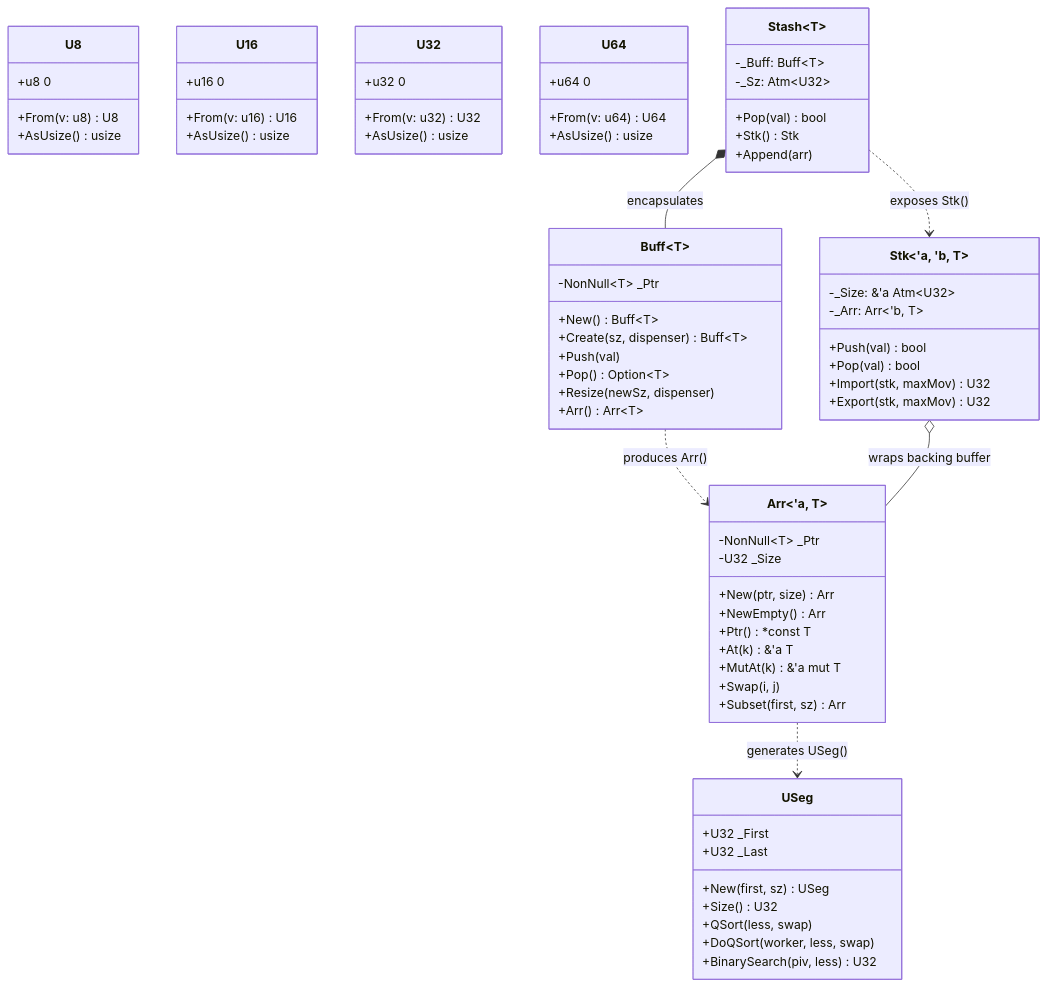
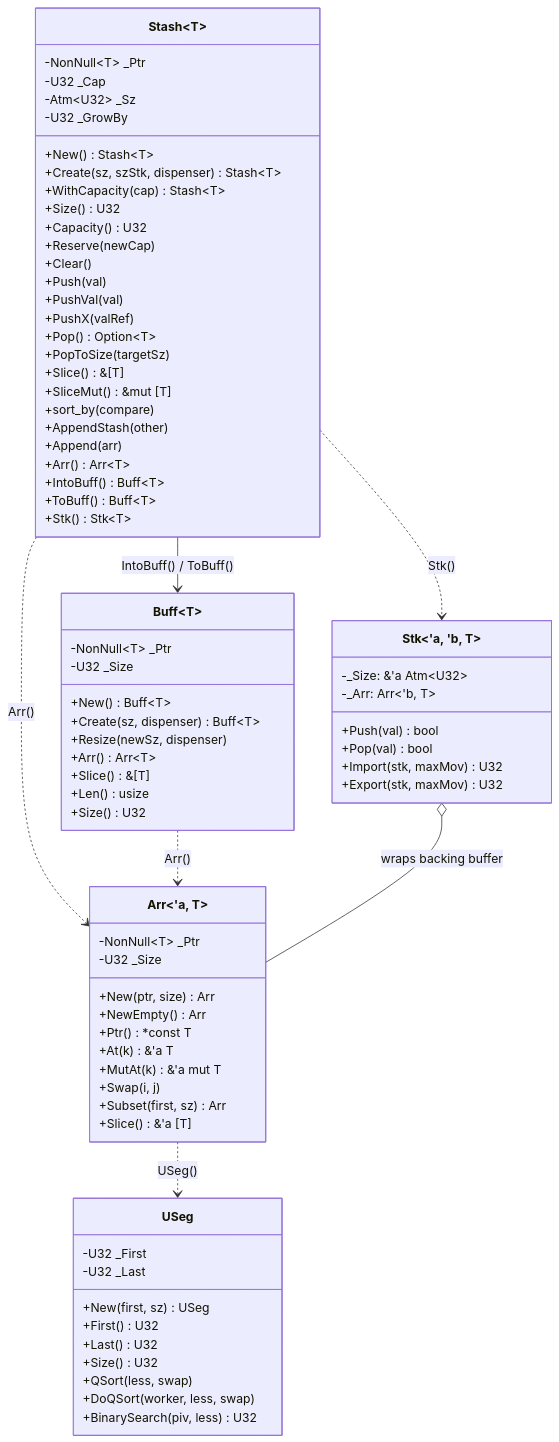
The first of 3 diagrams in wiki/Silo.md (jswarup/Kosh), drawn with Mermaid before and after one commit. The commit also changed other lines of this file and 39 other files, not shown here.

````diff
--- a/wiki/Silo.md
+++ b/wiki/Silo.md
@@ -19,43 +14,45 @@
 ```mermaid
 classDiagram
-    class U8 {
-        +u8 0
-        +From(v: u8) U8
-        +AsUsize() usize
+    class Stash~T~ {
+        -NonNull~T~ _Ptr
+        -U32 _Cap
+        -Atm~U32~ _Sz
+        -U32 _GrowBy
+        +New() Stash~T~
+        +Create(sz, szStk, dispenser) Stash~T~
+        +WithCapacity(cap) Stash~T~
+        +Size() U32
+        +Capacity() U32
+        +Reserve(newCap)
+        +Clear()
+        +Push(val)
+        +PushVal(val)
+        +PushX(valRef)
+        +Pop() Option~T~
+        +PopToSize(targetSz)
+        +Slice() &[T]
+        +SliceMut() &mut [T]
+        +sort_by(compare)
+        +AppendStash(other)
+        +Append(arr)
+        +Arr() Arr~T~
+        +IntoBuff() Buff~T~
+        +ToBuff() Buff~T~
+        +Stk() Stk~T~
     }
-    class U16 {
-        +u16 0
-        +From(v: u16) U16
-        +AsUsize() usize
-    }
-    class U32 {
-        +u32 0
-        +From(v: u32) U32
-        +AsUsize() usize
-    }
-    class U64 {
-        +u64 0
-        +From(v: u64) U64
-        +AsUsize() usize
-    }
-    class USeg {
-        +U32 _First
-        +U32 _Last
-        +New(first, sz) USeg
-        +Size() U32
-        +QSort(less, swap)
-        +DoQSort(worker, less, swap)
-        +BinarySearch(piv, less) U32
-    }
+
     class Buff~T~ {
         -NonNull~T~ _Ptr
+        -U32 _Size
         +New() Buff~T~
         +Create(sz, dispenser) Buff~T~
-        +Push(val)
-        +Pop() Option~T~
         +Resize(newSz, dispenser)
         +Arr() Arr~T~
+        +Slice() &[T]
+        +Len() usize
+        +Size() U32
     }
+
     class Arr~'a, T~ {
         -NonNull~T~ _Ptr
         -U32 _Size
@@ -66,7 +63,9 @@
         +MutAt(k) &'a mut T
         +Swap(i, j)
         +Subset(first, sz) Arr
+        +Slice() &'a [T]
     }
+
     class Stk~'a, 'b, T~ {
         -_Size: &'a Atm~U32~
         -_Arr: Arr~'b, T~
@@ -75,17 +74,23 @@
         +Import(stk, maxMov) U32
         +Export(stk, maxMov) U32
     }
-    class Stash~T~ {
-        -_Buff: Buff~T~
-        -_Sz: Atm~U32~
-        +Pop(val) bool
-        +Stk() Stk
-        +Append(arr)
+
+    class USeg {
+        -U32 _First
+        -U32 _Last
+        +New(first, sz) USeg
+        +First() U32
+        +Last() U32
+        +Size() U32
+        +QSort(less, swap)
+        +DoQSort(worker, less, swap)
+        +BinarySearch(piv, less) U32
     }
 
-    Buff ..> Arr : produces Arr()
-    Stash *-- Buff : encapsulates
-    Stash ..> Stk : exposes Stk()
+    Stash --> Buff : IntoBuff() / ToBuff()
+    Stash ..> Stk : Stk()
+    Stash ..> Arr : Arr()
+    Buff ..> Arr : Arr()
     Stk o-- Arr : wraps backing buffer
-    Arr ..> USeg : generates USeg()
+    Arr ..> USeg : USeg()
 ```
````
